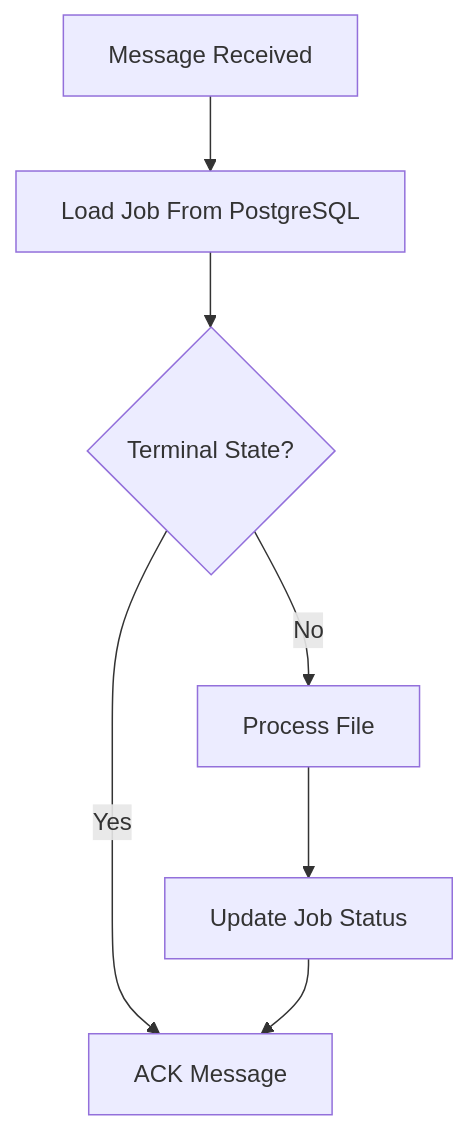
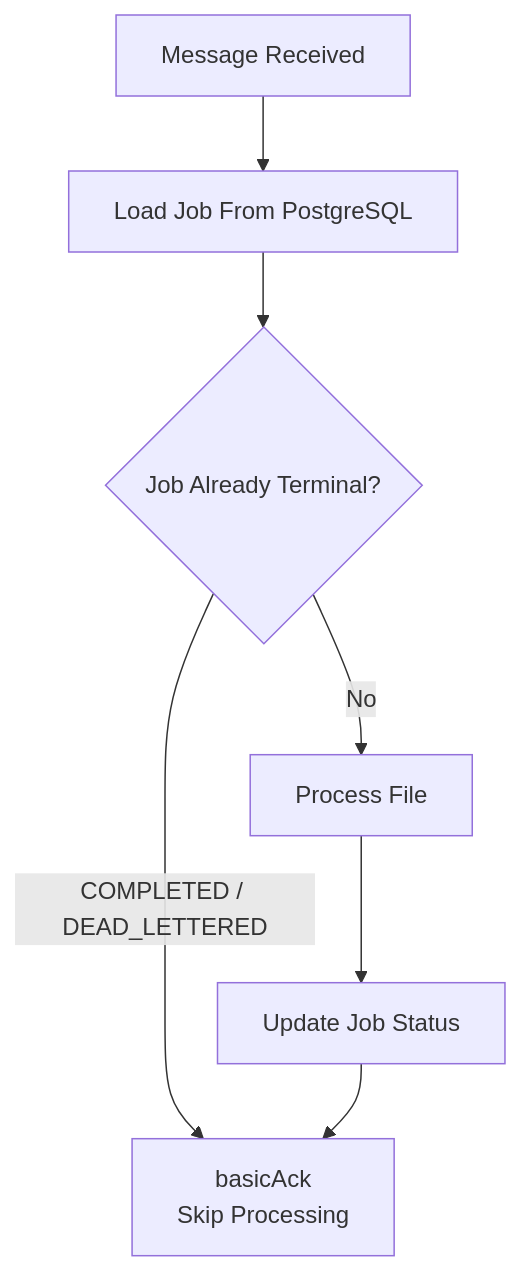
One commit to Atharvkote/spring-boot-async-processing-rabbitmq changed diagram 17 of 23 in README.md. Above: the diagram before and after it, drawn with Mermaid. The commit also changed other lines of this file, not shown here.

````diff
--- a/README.md
+++ b/README.md
@@ -621,18 +662,24 @@
 ```mermaid
 flowchart TD
 
-    MESSAGE[Message Received]
-    LOAD[Load Job From PostgreSQL]
-    CHECK{Terminal State?}
-    ACK[ACK Message]
-    PROCESS[Process File]
-    UPDATE[Update Job Status]
+    MESSAGE["Message Received"]
+
+    LOAD["Load Job From PostgreSQL"]
+
+    CHECK{"Job Already Terminal?"}
+
+    ACK["basicAck<br/>Skip Processing"]
+
+    PROCESS["Process File"]
+
+    UPDATE["Update Job Status"]
 
     MESSAGE --> LOAD
     LOAD --> CHECK
 
-    CHECK -->|Yes| ACK
-    CHECK -->|No| PROCESS
+    CHECK -->|"COMPLETED / DEAD_LETTERED"| ACK
+    CHECK -->|"No"| PROCESS
+
     PROCESS --> UPDATE
     UPDATE --> ACK
 ```
````
